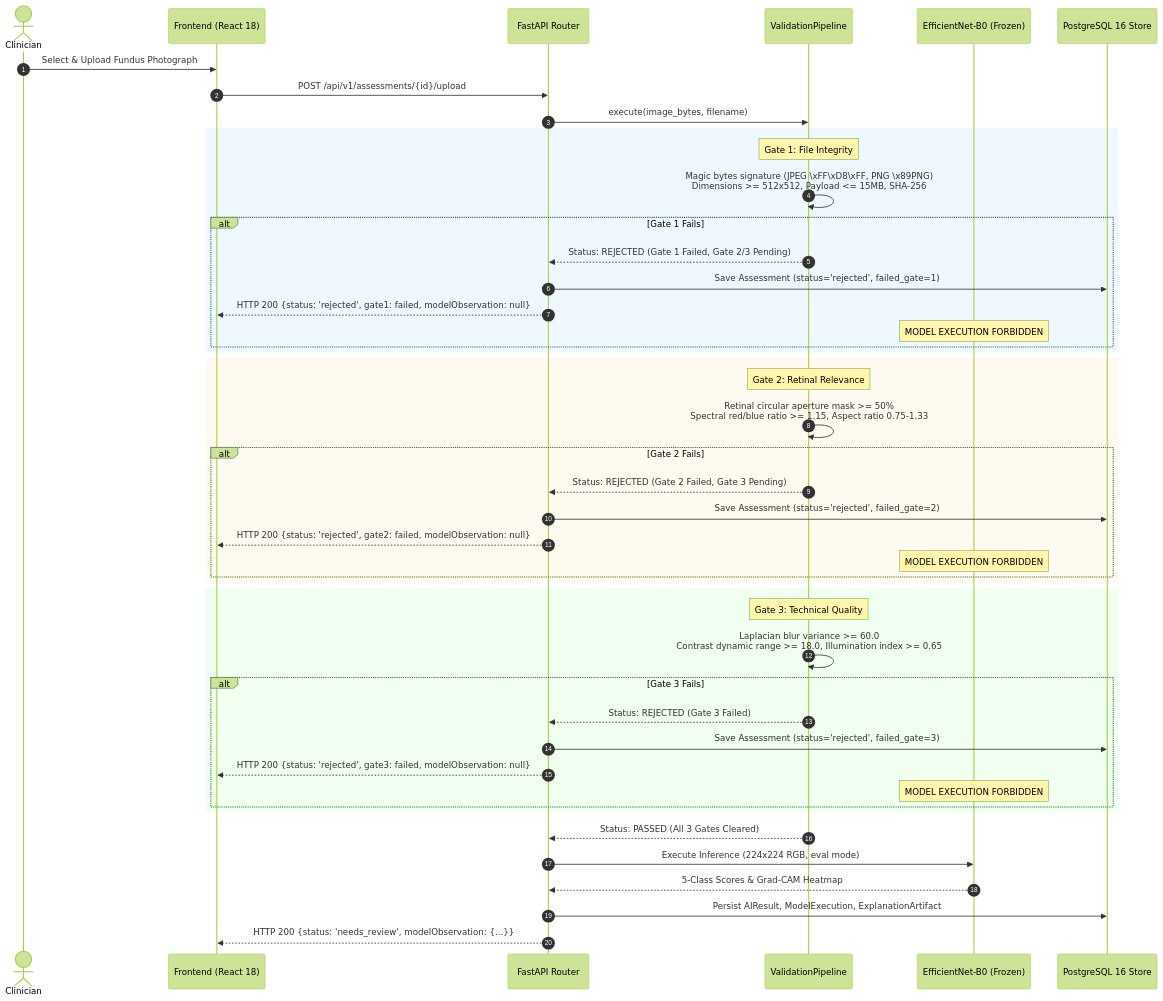
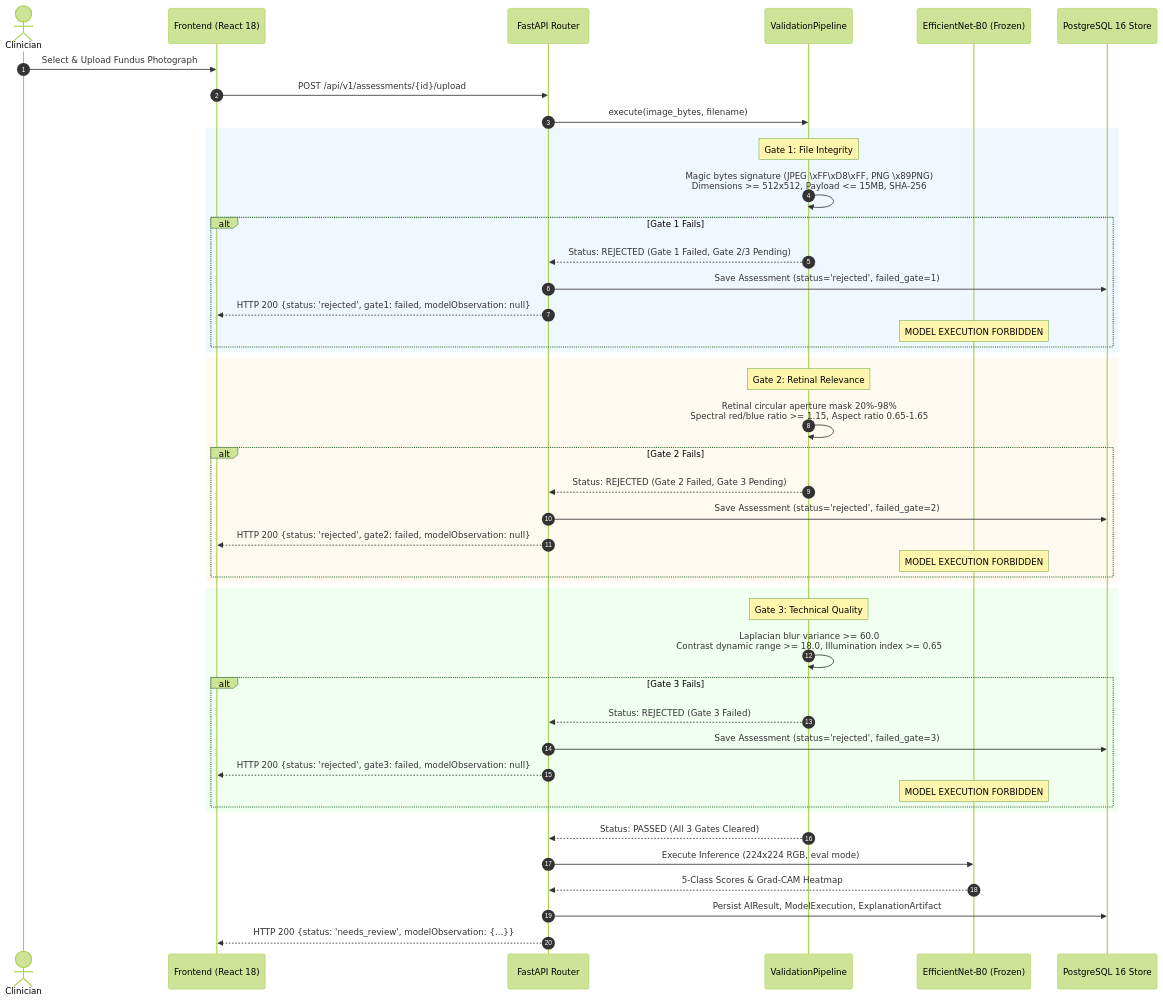
The second of 3 diagrams in docs/verification_and_traceability_matrix.md (CloudTechy/diabetic-retinopathy-cdss), drawn with Mermaid (forest theme) before and after one commit. The commit also changed 24 other files, not shown here.

````diff
--- a/docs/verification_and_traceability_matrix.md
+++ b/docs/verification_and_traceability_matrix.md
@@ -100,53 +100,53 @@
 ```mermaid
 sequenceDiagram
     autonumber
     actor Clinician
     participant Frontend as Frontend (React 18)
     participant API as FastAPI Router
     participant Pipeline as ValidationPipeline
     participant Model as EfficientNet-B0 (Frozen)
     participant DB as PostgreSQL 16 Store
 
     Clinician->>Frontend: Select & Upload Fundus Photograph
     Frontend->>API: POST /api/v1/assessments/{id}/upload
     API->>Pipeline: execute(image_bytes, filename)
     
     rect rgb(240, 248, 255)
         Note over Pipeline: Gate 1: File Integrity
         Pipeline->>Pipeline: Magic bytes signature (JPEG \xFF\xD8\xFF, PNG \x89PNG)<br/>Dimensions >= 512x512, Payload <= 15MB, SHA-256
         alt Gate 1 Fails
             Pipeline-->>API: Status: REJECTED (Gate 1 Failed, Gate 2/3 Pending)
             API->>DB: Save Assessment (status='rejected', failed_gate=1)
             API-->>Frontend: HTTP 200 {status: 'rejected', gate1: failed, modelObservation: null}
             Note over Model: MODEL EXECUTION FORBIDDEN
         end
     end
 
     rect rgb(255, 250, 240)
         Note over Pipeline: Gate 2: Retinal Relevance
-        Pipeline->>Pipeline: Retinal circular aperture mask >= 50%<br/>Spectral red/blue ratio >= 1.15, Aspect ratio 0.75-1.33
+        Pipeline->>Pipeline: Retinal circular aperture mask 20%-98%<br/>Spectral red/blue ratio >= 1.15, Aspect ratio 0.65-1.65
         alt Gate 2 Fails
             Pipeline-->>API: Status: REJECTED (Gate 2 Failed, Gate 3 Pending)
             API->>DB: Save Assessment (status='rejected', failed_gate=2)
             API-->>Frontend: HTTP 200 {status: 'rejected', gate2: failed, modelObservation: null}
             Note over Model: MODEL EXECUTION FORBIDDEN
         end
     end
 
     rect rgb(240, 255, 240)
         Note over Pipeline: Gate 3: Technical Quality
         Pipeline->>Pipeline: Laplacian blur variance >= 60.0<br/>Contrast dynamic range >= 18.0, Illumination index >= 0.65
         alt Gate 3 Fails
             Pipeline-->>API: Status: REJECTED (Gate 3 Failed)
             API->>DB: Save Assessment (status='rejected', failed_gate=3)
             API-->>Frontend: HTTP 200 {status: 'rejected', gate3: failed, modelObservation: null}
             Note over Model: MODEL EXECUTION FORBIDDEN
         end
     end
 
     Pipeline-->>API: Status: PASSED (All 3 Gates Cleared)
     API->>Model: Execute Inference (224x224 RGB, eval mode)
     Model-->>API: 5-Class Scores & Grad-CAM Heatmap
     API->>DB: Persist AIResult, ModelExecution, ExplanationArtifact
     API-->>Frontend: HTTP 200 {status: 'needs_review', modelObservation: {...}}
 ```
````
